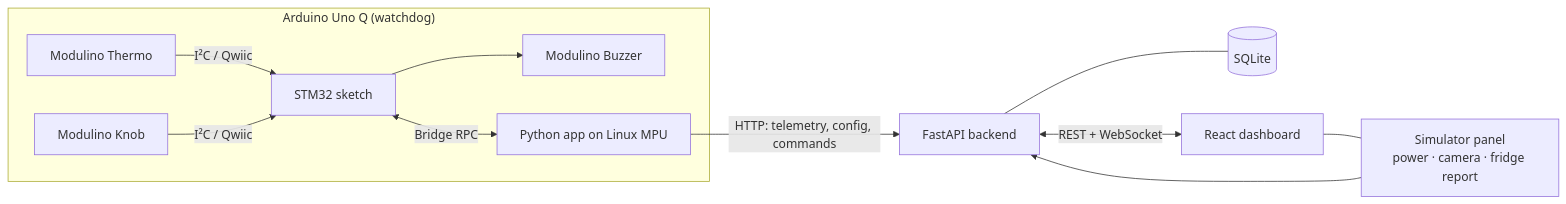
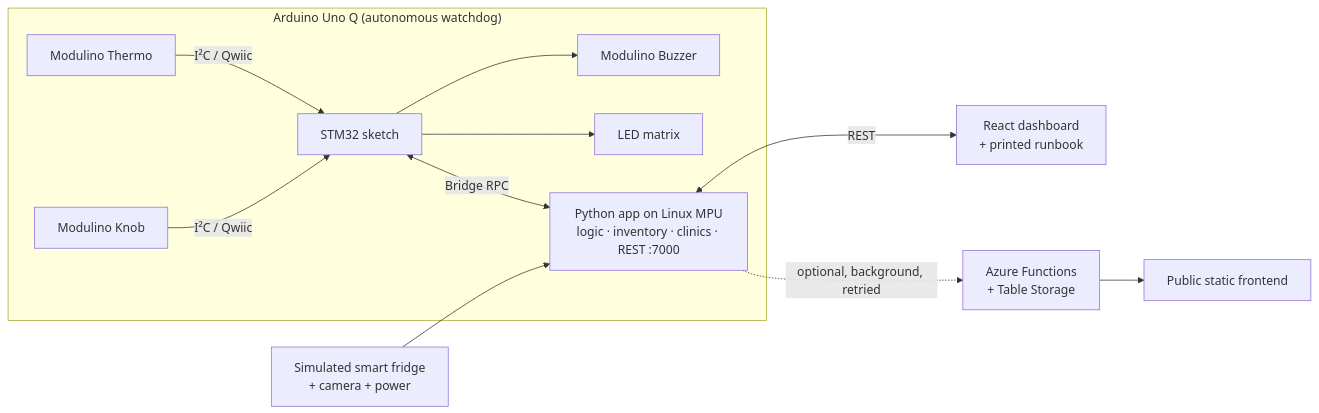
One commit to antonvidishchev/cold-chain-rescue-junction2026 changed the diagram in README.md. Above: the diagram before and after it, drawn with Mermaid. The commit also changed other lines of this file, not shown here.

Commit message:
Rewrite README around the zero-trust, zero-cloud narrative and refresh the technical parts

````diff
--- a/README.md
+++ b/README.md
@@ -87,14 +98,14 @@
 ```mermaid
 flowchart LR
-  subgraph UnoQ["Arduino Uno Q (watchdog)"]
+  subgraph UnoQ["Arduino Uno Q (autonomous watchdog)"]
     T[Modulino Thermo] -->|I²C / Qwiic| MCU[STM32 sketch]
     MCU --> B[Modulino Buzzer]
+    MCU --> M[LED matrix]
     K[Modulino Knob] -->|I²C / Qwiic| MCU
-    MCU <-->|Bridge RPC| PY[Python app on Linux MPU]
+    MCU <-->|Bridge RPC| PY[Python app on Linux MPU<br/>logic · inventory · clinics · REST :7000]
   end
-  PY -->|HTTP: telemetry, config, commands| API[FastAPI backend]
-  API --- DB[(SQLite)]
-  API <-->|REST + WebSocket| UI[React dashboard]
-  SIM[Simulator panel<br/>power · camera · fridge report] --> API
-  UI --- SIM
+  SIM[Simulated smart fridge<br/>+ camera + power] --> PY
+  PY <-->|REST| UI[React dashboard<br/>+ printed runbook]
+  PY -.->|optional, background, retried| CLOUD[Azure Functions<br/>+ Table Storage]
+  CLOUD --> PUB[Public static frontend]
 ```
````
